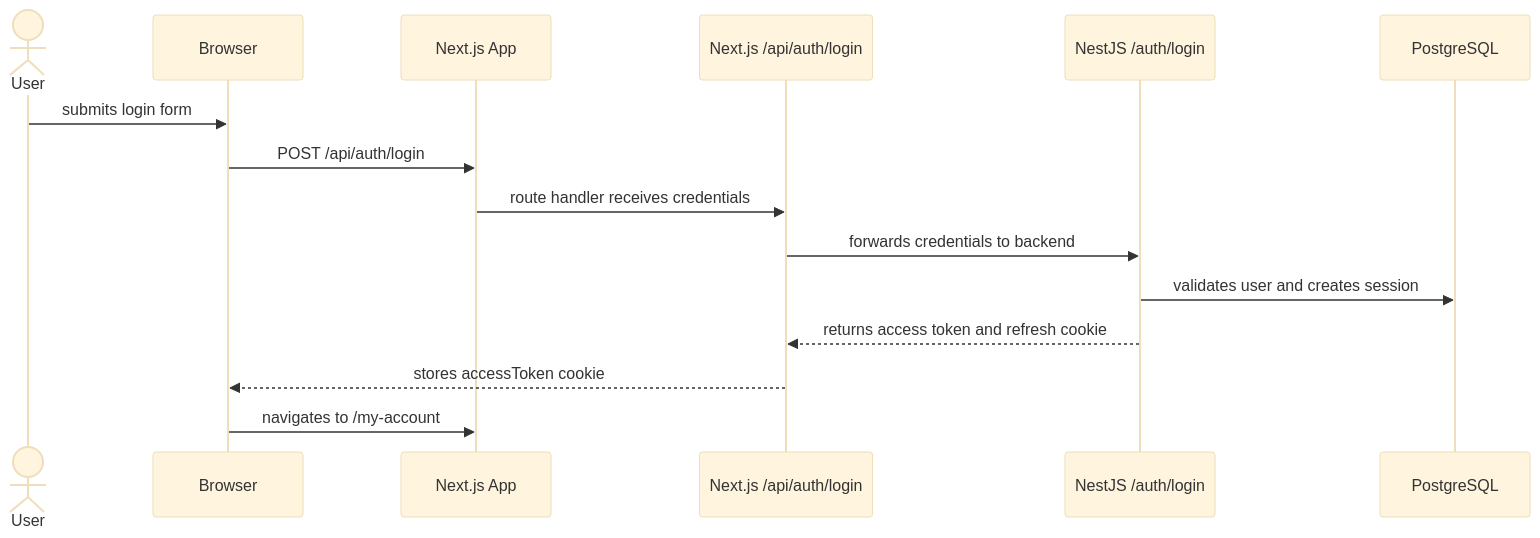
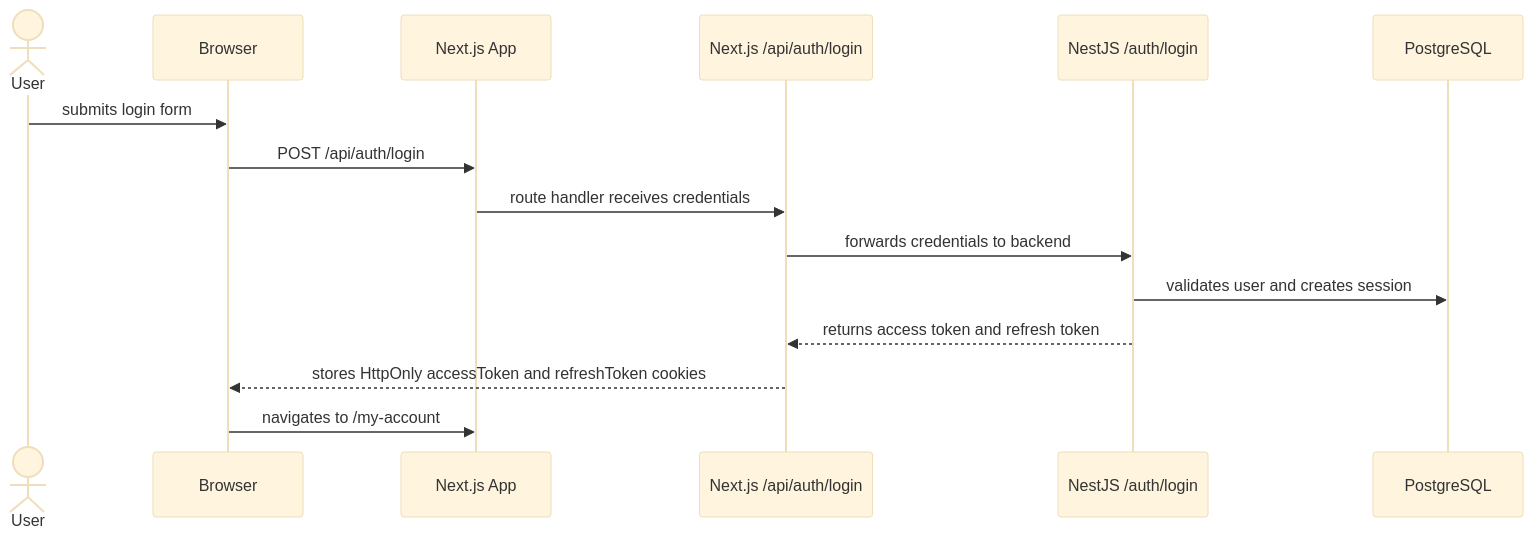
The fourth of 4 diagrams in Current System Architecture.md (Erics-Barbers/erics-barbers-docs), drawn with Mermaid (base theme) before and after one commit. The commit also changed other lines of this file and 6 other files, not shown here.

````diff
--- a/Current System Architecture.md
+++ b/Current System Architecture.md
@@ -274,18 +280,18 @@
 ```mermaid
 sequenceDiagram
     actor User
     participant Browser
     participant Next as Next.js App
     participant Route as Next.js /api/auth/login
     participant API as NestJS /auth/login
     participant DB as PostgreSQL
 
     User->>Browser: submits login form
     Browser->>Next: POST /api/auth/login
     Next->>Route: route handler receives credentials
     Route->>API: forwards credentials to backend
     API->>DB: validates user and creates session
-    API-->>Route: returns access token and refresh cookie
-    Route-->>Browser: stores accessToken cookie
+    API-->>Route: returns access token and refresh token
+    Route-->>Browser: stores HttpOnly accessToken and refreshToken cookies
     Browser->>Next: navigates to /my-account
 ```
````
